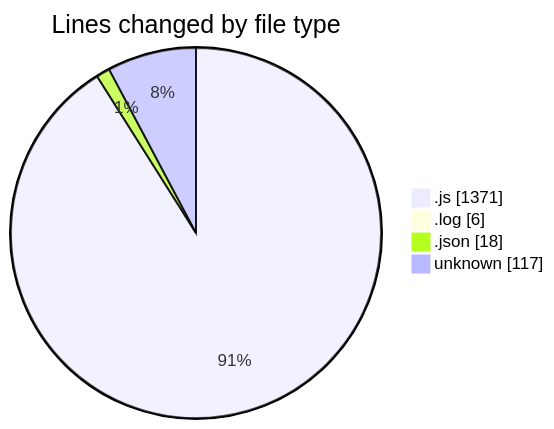
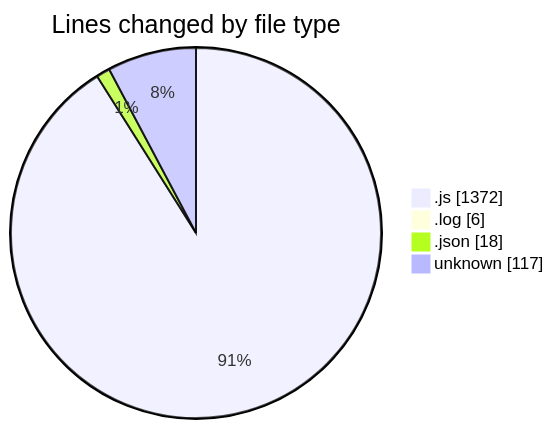
One commit to BS-eng2023/code-tracking changed the first of 2 diagrams in 2025-03-31/jsvms/README.md. Above: the diagram before and after it, drawn with Mermaid. The commit also changed other lines of this file and 1 other file, not shown here.

````diff
--- a/2025-03-31/jsvms/README.md
+++ b/2025-03-31/jsvms/README.md
@@ -38,8 +38,8 @@
 ```mermaid
 pie showData
 title Lines changed by file type
-".js" : 1371
+".js" : 1372
 ".log" : 6
 ".json" : 18
 "unknown" : 117
 ```
````
